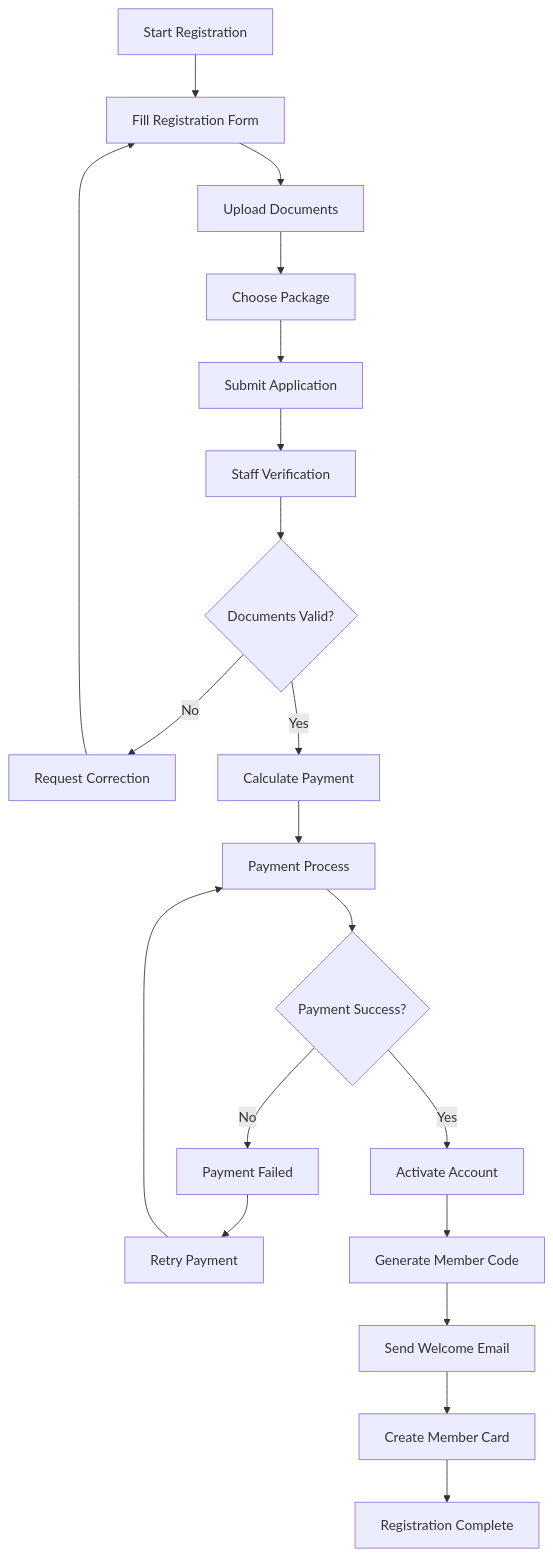
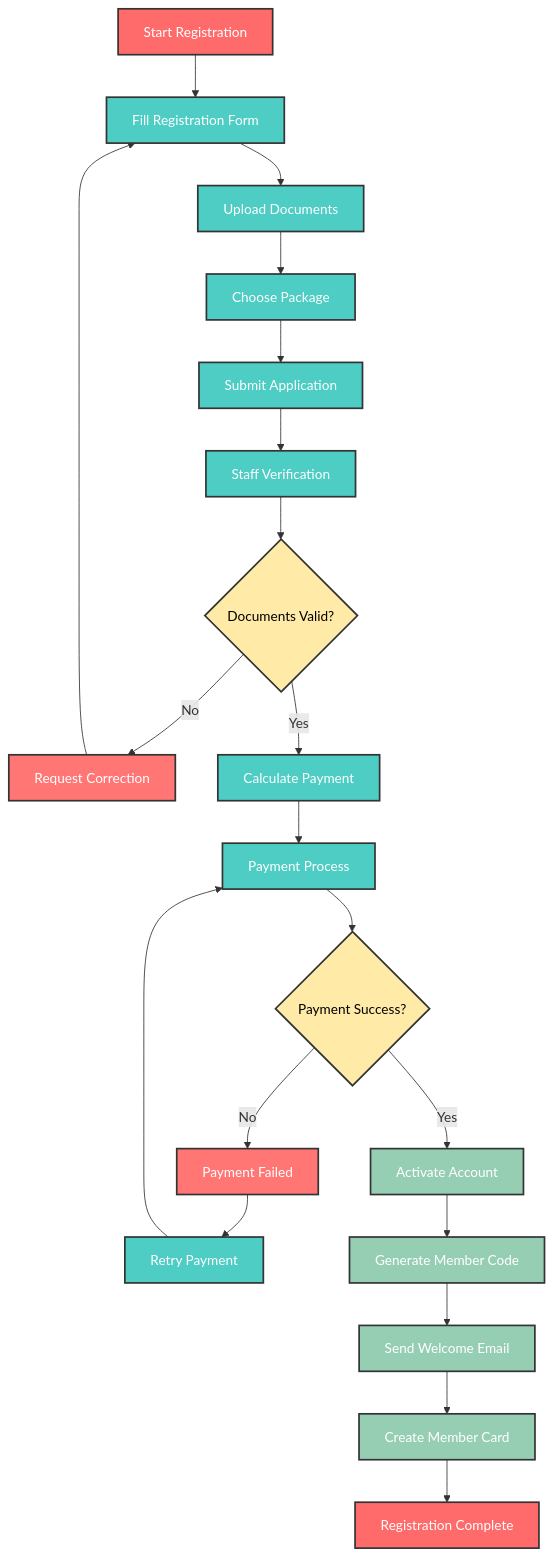
One commit to BlackCoffeee/raujan_pool changed the ninth of 15 diagrams in Planing/06-uml-diagrams.md. Above: the diagram before and after it, drawn with Mermaid. The commit also changed other lines of this file, not shown here.

Commit message:
Update UML diagrams to implement custom styling for connection lines and activity nodes, improving visual representation and clarity in the diagrams.

````diff
--- a/Planing/06-uml-diagrams.md
+++ b/Planing/06-uml-diagrams.md
@@ -604,22 +615,48 @@
 ```mermaid
 graph TD
     A[Start Registration] --> B[Fill Registration Form]
     B --> C[Upload Documents]
     C --> D[Choose Package]
     D --> E[Submit Application]
     E --> F[Staff Verification]
     F --> G{Documents Valid?}
     G -->|No| H[Request Correction]
     H --> B
     G -->|Yes| I[Calculate Payment]
     I --> J[Payment Process]
     J --> K{Payment Success?}
     K -->|No| L[Payment Failed]
     L --> M[Retry Payment]
     M --> J
     K -->|Yes| N[Activate Account]
     N --> O[Generate Member Code]
     O --> P[Send Welcome Email]
     P --> Q[Create Member Card]
     Q --> R[Registration Complete]
+
+    %% Custom styling untuk activity nodes
+    classDef start-end fill:#ff6b6b,stroke:#333,stroke-width:2px,color:#fff
+    classDef process fill:#4ecdc4,stroke:#333,stroke-width:2px,color:#fff
+    classDef decision fill:#ffeaa7,stroke:#333,stroke-width:2px,color:#000
+    classDef success fill:#96ceb4,stroke:#333,stroke-width:2px,color:#fff
+    classDef failure fill:#ff7675,stroke:#333,stroke-width:2px,color:#fff
+
+    A:::start-end
+    B:::process
+    C:::process
+    D:::process
+    E:::process
+    F:::process
+    G:::decision
+    H:::failure
+    I:::process
+    J:::process
+    K:::decision
+    L:::failure
+    M:::process
+    N:::success
+    O:::success
+    P:::success
+    Q:::success
+    R:::start-end
 ```
````
